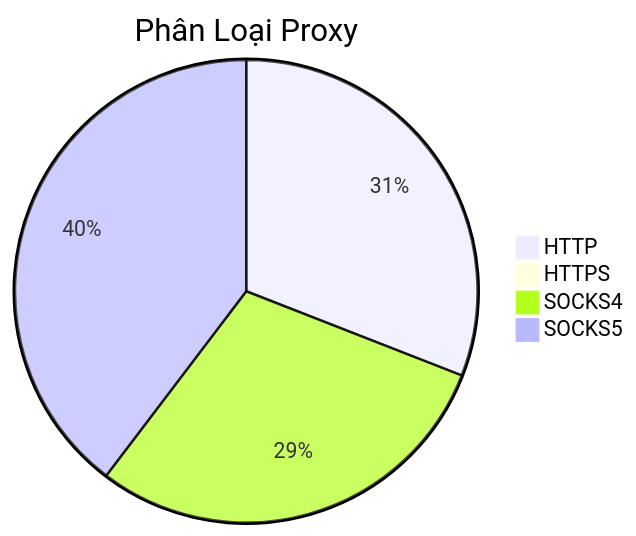
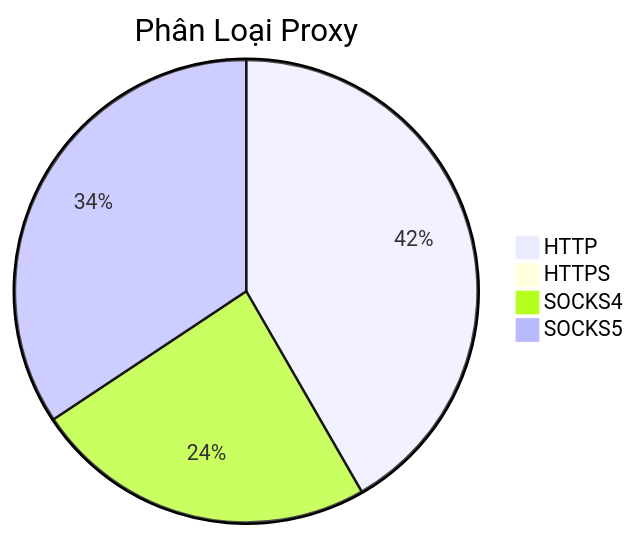
The diagram in README.md (Ciara-12/PROXY-free), drawn with Mermaid before and after one commit. The commit also changed other lines of this file and 4 other files, not shown here.

````diff
--- a/README.md
+++ b/README.md
@@ -26,7 +26,7 @@
 ```mermaid
 pie title Phân Loại Proxy
-    "HTTP" : 510
+    "HTTP" : 817
     "HTTPS" : 1
-    "SOCKS4" : 485
-    "SOCKS5" : 654
+    "SOCKS4" : 470
+    "SOCKS5" : 673
 ```
````
